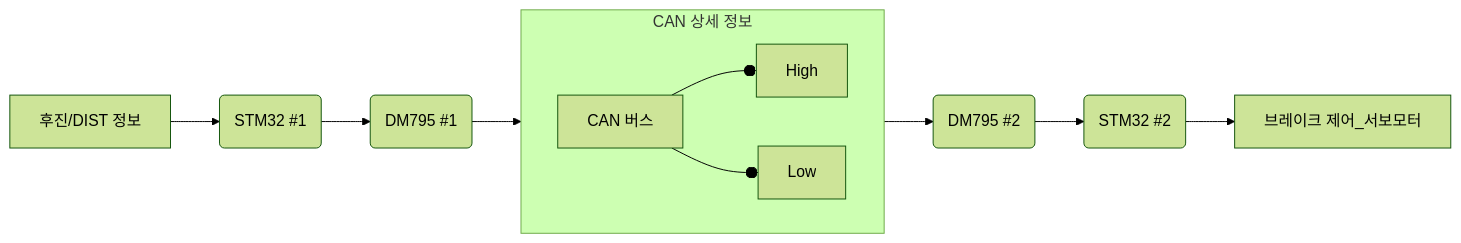
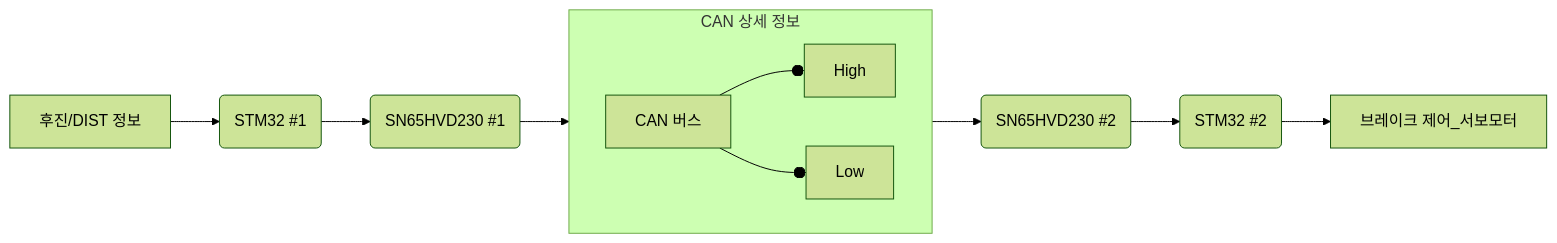
One commit to jgh05168/HukBrake changed the second of 2 diagrams in README.md. Above: the diagram before and after it, drawn with Mermaid (forest theme). The commit also changed other lines of this file, not shown here.

````diff
--- a/README.md
+++ b/README.md
@@ -77,16 +77,16 @@
 ```mermaid
 graph LR
     A[후진/DIST 정보] --> B(STM32 #1);
-    B --> C(DM795 #1);
+    B --> C(SN65HVD230 #1);
     C --> D[CAN 버스];
     subgraph CAN 상세 정보
         direction LR
         D1[High]
         D2[Low]
         D --o D1
         D --o D2
     end
-    D --> E(DM795 #2);
+    D --> E(SN65HVD230 #2);
     E --> F(STM32 #2);
     F --> G[브레이크 제어_서보모터];
 ```
````
